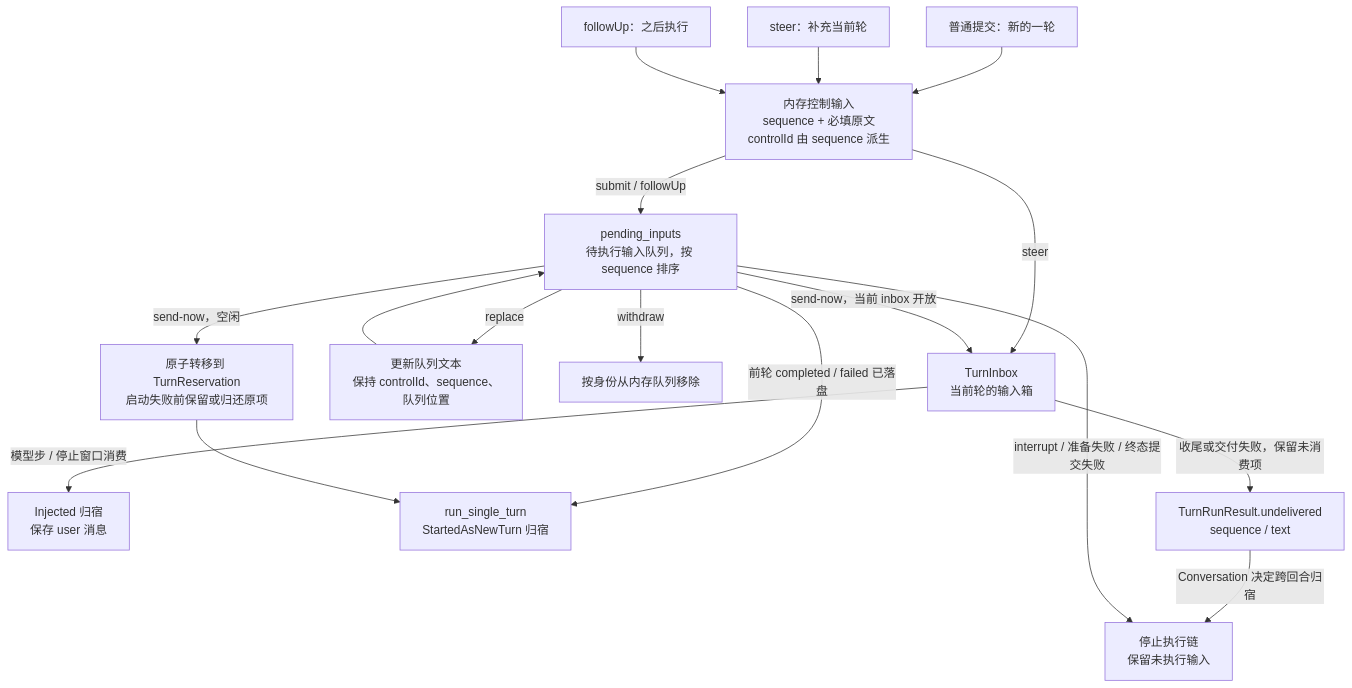
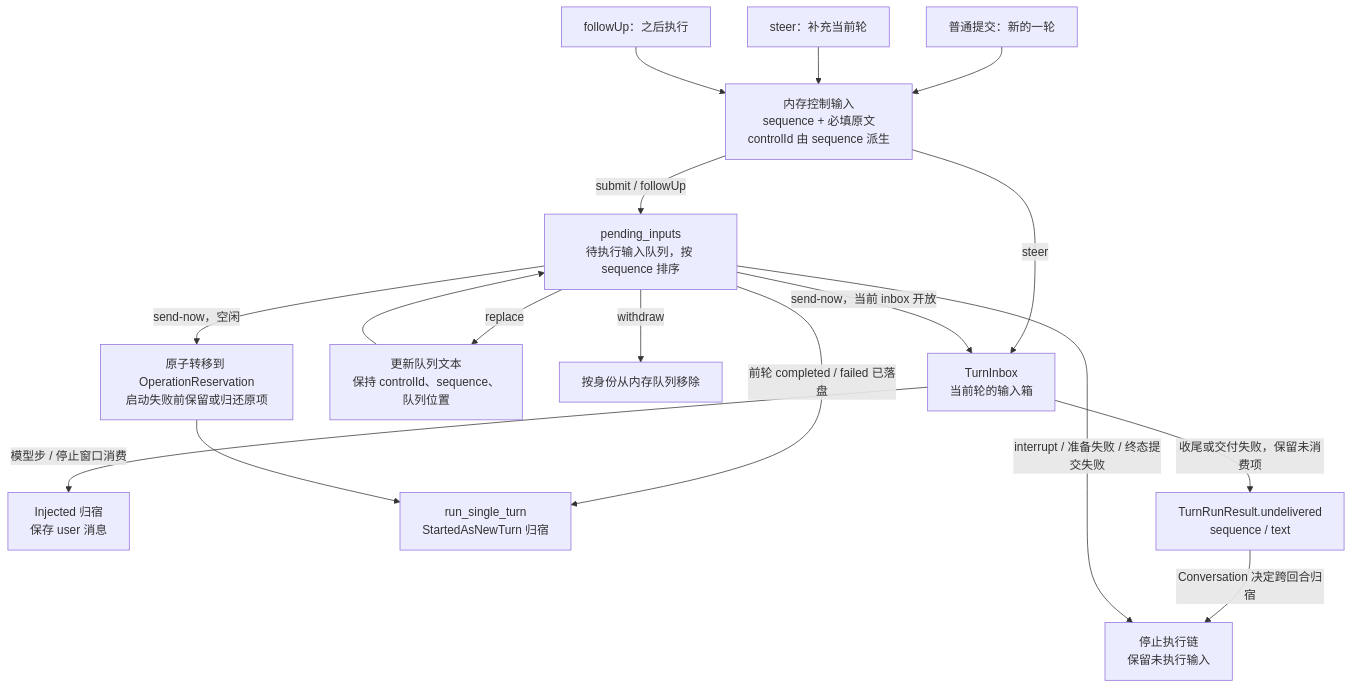
Diagram 16 of 29 in docs/architecture.md (qjcnmd/singularity-agent), drawn with Mermaid before and after one commit. The commit also changed other lines of this file and 38 other files, not shown here.

````diff
--- a/docs/architecture.md
+++ b/docs/architecture.md
@@ -452,19 +452,19 @@
 ```mermaid
 flowchart TB
     Submit["普通提交：新的一轮"] --> Accepted["内存控制输入<br/>sequence + 必填原文<br/>controlId 由 sequence 派生"]
     Steer["steer：补充当前轮"] --> Accepted
     Follow["followUp：之后执行"] --> Accepted
     Accepted -->|"steer"| Inbox["TurnInbox<br/>当前轮的输入箱"]
     Accepted -->|"submit / followUp"| Queue["pending_inputs<br/>待执行输入队列，按 sequence 排序"]
     Inbox -->|"模型步 / 停止窗口消费"| Injected["Injected 归宿<br/>保存 user 消息"]
     Queue -->|"replace"| Replaced["更新队列文本<br/>保持 controlId、sequence、队列位置"]
     Replaced --> Queue
     Queue -->|"withdraw"| Withdrawn["按身份从内存队列移除"]
     Queue -->|"send-now，当前 inbox 开放"| Inbox
-    Queue -->|"send-now，空闲"| Reserve["原子转移到 TurnReservation<br/>启动失败前保留或归还原项"]
+    Queue -->|"send-now，空闲"| Reserve["原子转移到 OperationReservation<br/>启动失败前保留或归还原项"]
     Queue -->|"前轮 completed / failed 已落盘"| Next["run_single_turn<br/>StartedAsNewTurn 归宿"]
     Reserve --> Next
     Inbox -->|"收尾或交付失败，保留未消费项"| Handoff["TurnRunResult.undelivered<br/>sequence / text"]
     Handoff -->|"Conversation 决定跨回合归宿"| Retain
     Queue -->|"interrupt / 准备失败 / 终态提交失败"| Retain["停止执行链<br/>保留未执行输入"]
 ```
````
